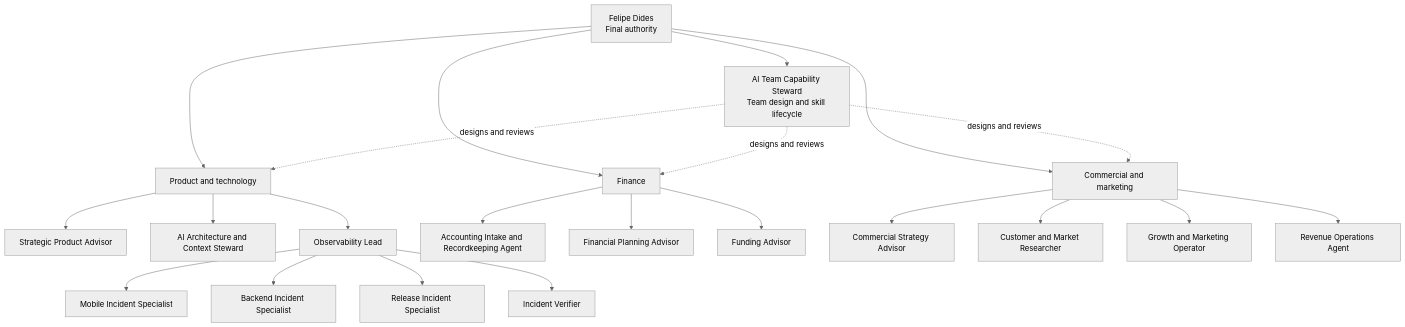
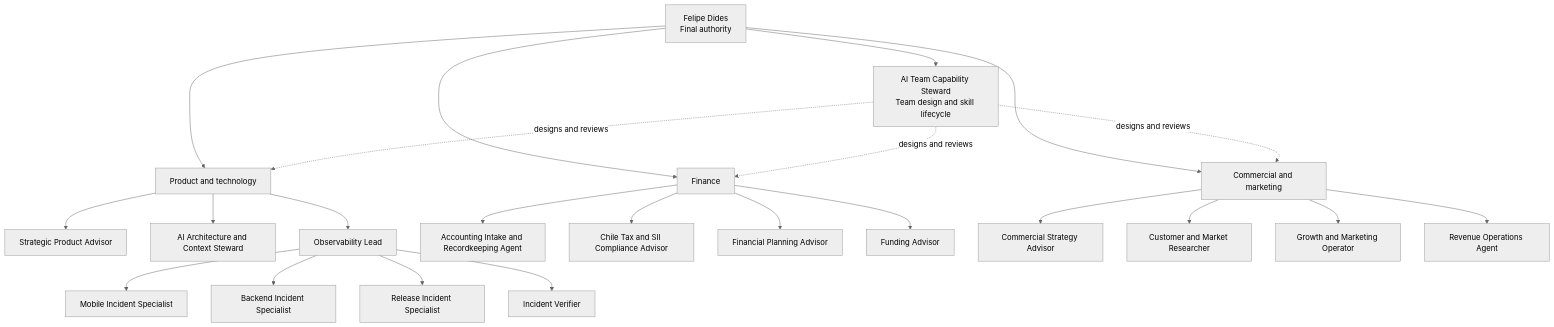
One commit to DidesCabrera/my-scoope changed the diagram in .codex/team/organization.md. Above: the diagram before and after it, drawn with Mermaid (neutral theme). The commit also changed 6 other files, not shown here.

Commit message:
feat(ai-team): add Chile tax and SII advisor

````diff
--- a/.codex/team/organization.md
+++ b/.codex/team/organization.md
@@ -6,31 +6,32 @@
 ```mermaid
 flowchart TD
     F[Felipe Dides\nFinal authority]
     C[AI Team Capability Steward\nTeam design and skill lifecycle]
 
     F --> C
 
     F --> PT[Product and technology]
     PT --> SPA[Strategic Product Advisor]
     PT --> ACS[AI Architecture and Context Steward]
     PT --> OL[Observability Lead]
     OL --> MIS[Mobile Incident Specialist]
     OL --> BIS[Backend Incident Specialist]
     OL --> RIS[Release Incident Specialist]
     OL --> IV[Incident Verifier]
 
     F --> FIN[Finance]
     FIN --> AIR[Accounting Intake and Recordkeeping Agent]
+    FIN --> CTA[Chile Tax and SII Compliance Advisor]
     FIN --> FPA[Financial Planning Advisor]
     FIN --> FA[Funding Advisor]
 
     F --> CM[Commercial and marketing]
     CM --> CSA[Commercial Strategy Advisor]
     CM --> CMR[Customer and Market Researcher]
     CM --> GMO[Growth and Marketing Operator]
     CM --> ROA[Revenue Operations Agent]
 
     C -. designs and reviews .-> PT
     C -. designs and reviews .-> FIN
     C -. designs and reviews .-> CM
 ```
````
